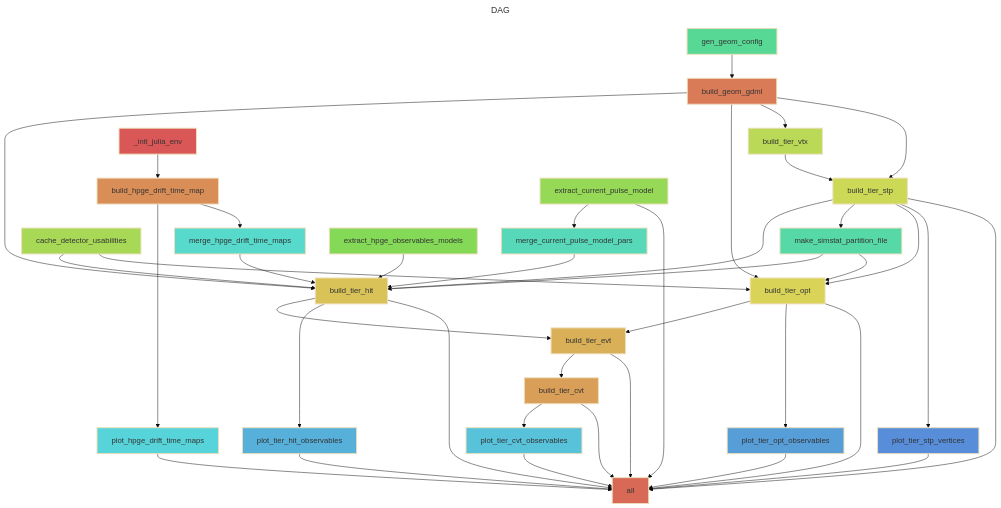
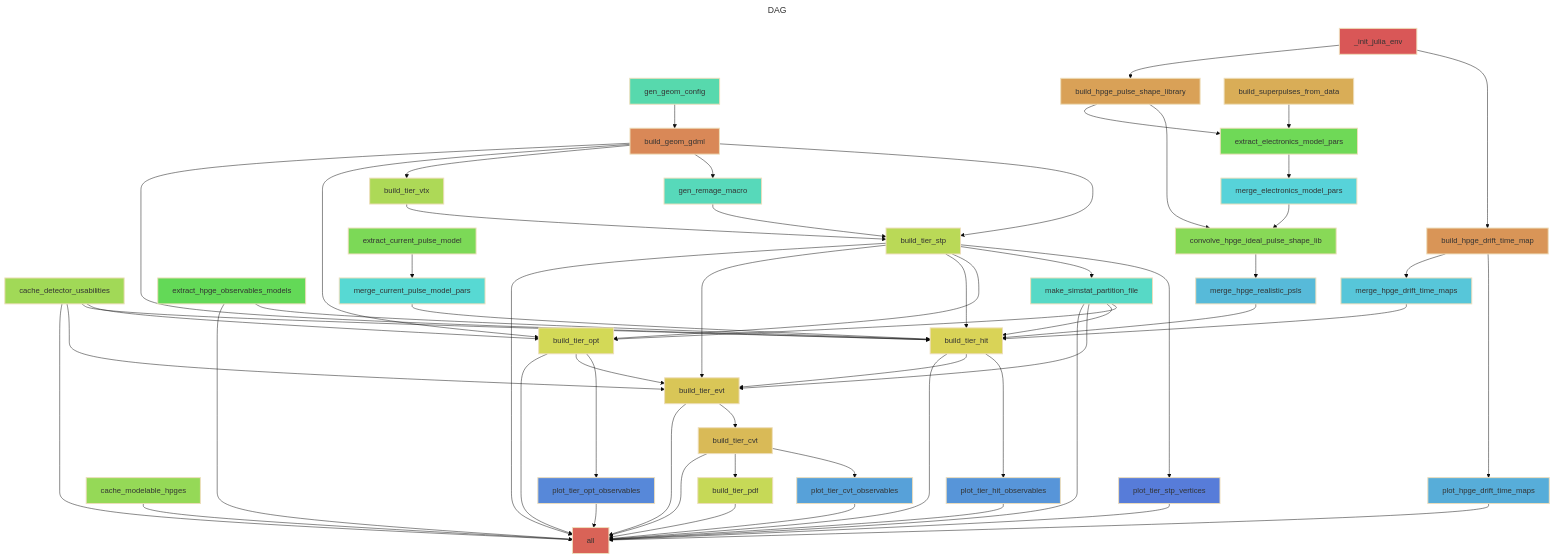
Before and after one commit to legend-exp/legend-simflow: the diagram in docs/source/img/rulegraph.mmd, drawn with Mermaid (base theme). The commit also changed 4 other files, not shown here.

```diff
--- a/docs/source/img/rulegraph.mmd
+++ b/docs/source/img/rulegraph.mmd
@@ -1,86 +1,122 @@
 ---
 title: DAG
 ---
 flowchart TB
-	id0[all]
-	id1[plot_tier_stp_vertices]
-	id2[build_tier_stp]
-	id3[build_geom_gdml]
-	id4[gen_geom_config]
+	id0[plot_tier_stp_vertices]
+	id1[build_tier_stp]
+	id2[build_geom_gdml]
+	id3[gen_geom_config]
+	id4[gen_remage_macro]
 	id5[build_tier_vtx]
-	id6[build_tier_opt]
-	id7[make_simstat_partition_file]
-	id8[cache_detector_usabilities]
-	id9[plot_tier_opt_observables]
-	id10[build_tier_hit]
-	id11[merge_hpge_drift_time_maps]
-	id12[build_hpge_drift_time_map]
-	id13[_init_julia_env]
-	id14[merge_current_pulse_model_pars]
-	id15[extract_current_pulse_model]
-	id16[extract_hpge_observables_models]
-	id17[plot_tier_hit_observables]
-	id18[plot_hpge_drift_time_maps]
-	id19[build_tier_evt]
-	id20[build_tier_cvt]
-	id21[plot_tier_cvt_observables]
-	style id0 fill:#D96957,stroke-width:2px,color:#333333
-	style id1 fill:#578DD9,stroke-width:2px,color:#333333
-	style id2 fill:#CBD957,stroke-width:2px,color:#333333
-	style id3 fill:#D97B57,stroke-width:2px,color:#333333
-	style id4 fill:#57D995,stroke-width:2px,color:#333333
-	style id5 fill:#B9D957,stroke-width:2px,color:#333333
-	style id6 fill:#D9D457,stroke-width:2px,color:#333333
-	style id7 fill:#57D9A7,stroke-width:2px,color:#333333
-	style id8 fill:#A7D957,stroke-width:2px,color:#333333
-	style id9 fill:#579ED9,stroke-width:2px,color:#333333
-	style id10 fill:#D9C257,stroke-width:2px,color:#333333
-	style id11 fill:#57D9CB,stroke-width:2px,color:#333333
-	style id12 fill:#D98D57,stroke-width:2px,color:#333333
-	style id13 fill:#D95757,stroke-width:2px,color:#333333
-	style id14 fill:#57D9B9,stroke-width:2px,color:#333333
-	style id15 fill:#95D957,stroke-width:2px,color:#333333
-	style id16 fill:#84D957,stroke-width:2px,color:#333333
-	style id17 fill:#57B0D9,stroke-width:2px,color:#333333
-	style id18 fill:#57D4D9,stroke-width:2px,color:#333333
-	style id19 fill:#D9B057,stroke-width:2px,color:#333333
-	style id20 fill:#D99E57,stroke-width:2px,color:#333333
-	style id21 fill:#57C2D9,stroke-width:2px,color:#333333
-	id19 --> id0
-	id10 --> id0
-	id21 --> id0
-	id15 --> id0
-	id6 --> id0
-	id2 --> id0
-	id17 --> id0
-	id9 --> id0
-	id18 --> id0
-	id20 --> id0
+	id6[cache_modelable_hpges]
+	id7[cache_detector_usabilities]
+	id8[make_simstat_partition_file]
+	id9[extract_hpge_observables_models]
+	id10[plot_hpge_drift_time_maps]
+	id11[build_hpge_drift_time_map]
+	id12[_init_julia_env]
+	id13[build_tier_opt]
+	id14[plot_tier_opt_observables]
+	id15[build_tier_hit]
+	id16[plot_tier_hit_observables]
+	id17[build_tier_evt]
+	id18[build_tier_cvt]
+	id19[plot_tier_cvt_observables]
+	id20[build_tier_pdf]
+	id21[merge_hpge_drift_time_maps]
+	id22[merge_current_pulse_model_pars]
+	id23[extract_current_pulse_model]
+	id24[merge_hpge_realistic_psls]
+	id25[convolve_hpge_ideal_pulse_shape_lib]
+	id26[build_hpge_pulse_shape_library]
+	id27[merge_electronics_model_pars]
+	id28[extract_electronics_model_pars]
+	id29[build_superpulses_from_data]
+	id30[all]
+	style id0 fill:#577CD9,stroke-width:2px,color:#333333
+	style id1 fill:#BAD957,stroke-width:2px,color:#333333
+	style id2 fill:#D98857,stroke-width:2px,color:#333333
+	style id3 fill:#57D9AD,stroke-width:2px,color:#333333
+	style id4 fill:#57D9BA,stroke-width:2px,color:#333333
+	style id5 fill:#ADD957,stroke-width:2px,color:#333333
+	style id6 fill:#95D957,stroke-width:2px,color:#333333
+	style id7 fill:#A1D957,stroke-width:2px,color:#333333
+	style id8 fill:#57D9C6,stroke-width:2px,color:#333333
+	style id9 fill:#63D957,stroke-width:2px,color:#333333
+	style id10 fill:#57ADD9,stroke-width:2px,color:#333333
+	style id11 fill:#D99557,stroke-width:2px,color:#333333
+	style id12 fill:#D95757,stroke-width:2px,color:#333333
+	style id13 fill:#D3D957,stroke-width:2px,color:#333333
+	style id14 fill:#5788D9,stroke-width:2px,color:#333333
+	style id15 fill:#D9D357,stroke-width:2px,color:#333333
+	style id16 fill:#5795D9,stroke-width:2px,color:#333333
+	style id17 fill:#D9C657,stroke-width:2px,color:#333333
+	style id18 fill:#D9BA57,stroke-width:2px,color:#333333
+	style id19 fill:#57A1D9,stroke-width:2px,color:#333333
+	style id20 fill:#C6D957,stroke-width:2px,color:#333333
+	style id21 fill:#57C6D9,stroke-width:2px,color:#333333
+	style id22 fill:#57D9D3,stroke-width:2px,color:#333333
+	style id23 fill:#7CD957,stroke-width:2px,color:#333333
+	style id24 fill:#57BAD9,stroke-width:2px,color:#333333
+	style id25 fill:#88D957,stroke-width:2px,color:#333333
+	style id26 fill:#D9A157,stroke-width:2px,color:#333333
+	style id27 fill:#57D3D9,stroke-width:2px,color:#333333
+	style id28 fill:#6FD957,stroke-width:2px,color:#333333
+	style id29 fill:#D9AD57,stroke-width:2px,color:#333333
+	style id30 fill:#D96357,stroke-width:2px,color:#333333
 	id1 --> id0
+	id5 --> id1
+	id4 --> id1
 	id2 --> id1
-	id5 --> id2
 	id3 --> id2
-	id4 --> id3
-	id3 --> id5
-	id8 --> id6
-	id2 --> id6
-	id7 --> id6
-	id3 --> id6
-	id2 --> id7
-	id6 --> id9
+	id2 --> id4
+	id2 --> id5
+	id1 --> id8
 	id11 --> id10
-	id2 --> id10
-	id14 --> id10
-	id16 --> id10
-	id3 --> id10
-	id7 --> id10
-	id8 --> id10
 	id12 --> id11
-	id13 --> id12
-	id15 --> id14
-	id10 --> id17
-	id12 --> id18
-	id10 --> id19
-	id6 --> id19
-	id19 --> id20
-	id20 --> id21
+	id1 --> id13
+	id8 --> id13
+	id2 --> id13
+	id7 --> id13
+	id13 --> id14
+	id7 --> id15
+	id8 --> id15
+	id22 --> id15
+	id24 --> id15
+	id2 --> id15
+	id21 --> id15
+	id1 --> id15
+	id9 --> id15
+	id15 --> id16
+	id13 --> id17
+	id7 --> id17
+	id8 --> id17
+	id15 --> id17
+	id1 --> id17
+	id17 --> id18
+	id18 --> id19
+	id18 --> id20
+	id11 --> id21
+	id23 --> id22
+	id25 --> id24
+	id26 --> id25
+	id27 --> id25
+	id12 --> id26
+	id28 --> id27
+	id26 --> id28
+	id29 --> id28
+	id13 --> id30
+	id10 --> id30
+	id7 --> id30
+	id8 --> id30
+	id9 --> id30
+	id16 --> id30
+	id17 --> id30
+	id14 --> id30
+	id15 --> id30
+	id6 --> id30
+	id20 --> id30
+	id1 --> id30
+	id0 --> id30
+	id18 --> id30
+	id19 --> id30
```
